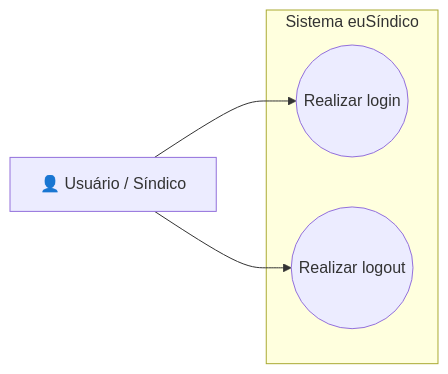
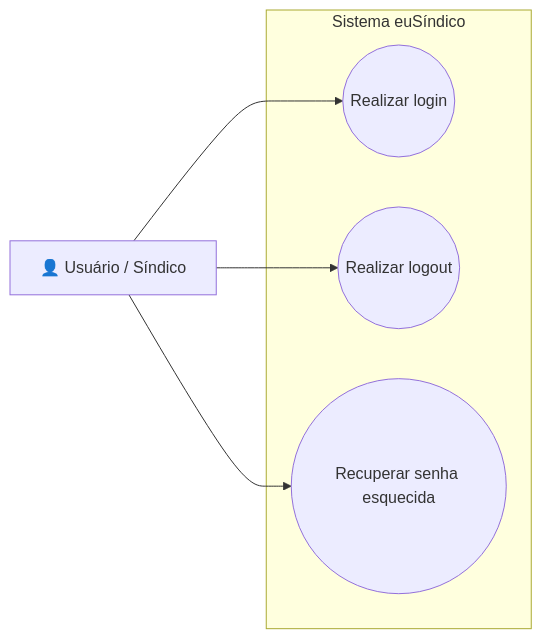
The first of 15 diagrams in documentation/RFC/RFC.md (pdrollucas/euSindico), drawn with Mermaid before and after one commit. The commit also changed other lines of this file and 5 other files, not shown here.

````diff
--- a/documentation/RFC/RFC.md
+++ b/documentation/RFC/RFC.md
@@ -233,15 +233,17 @@
 ```mermaid
 flowchart LR
 
     usuario[👤 Usuário / Síndico]
 
     subgraph euSindico [Sistema euSíndico]
 
         UC1((Realizar login))
         UC2((Realizar logout))
+        UC3((Recuperar senha esquecida))
 
     end
 
     usuario --> UC1
     usuario --> UC2
+    usuario --> UC3
 ```
````
